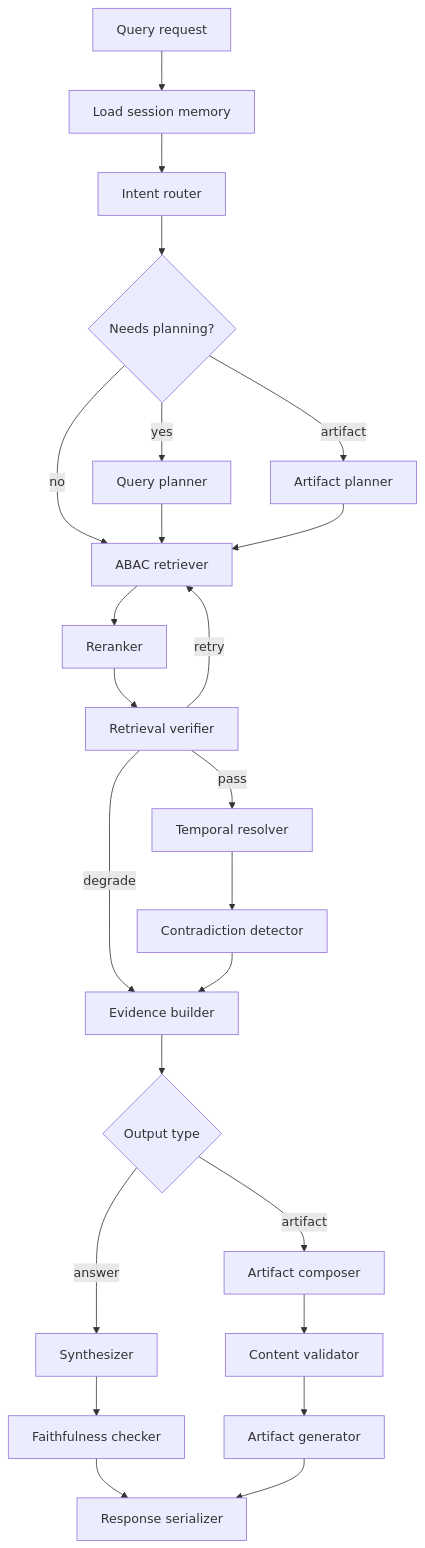
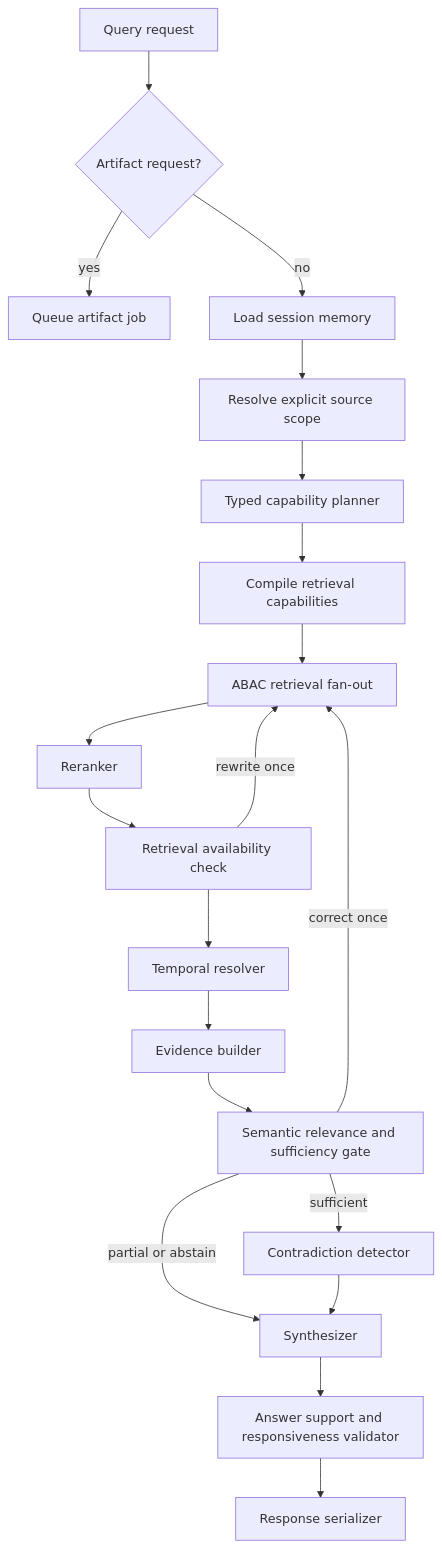
The third of 3 diagrams in design.md (TouqeerShahid951/EnterpriseRAG), drawn with Mermaid before and after one commit. The commit also changed other lines of this file and 423 other files, not shown here.

````diff
--- a/design.md
+++ b/design.md
@@ -209,26 +209,22 @@
 ```mermaid
 flowchart TD
-    Start["Query request"] --> Memory["Load session memory"]
-    Memory --> Intent["Intent router"]
-    Intent --> Plan{"Needs planning?"}
-    Plan -->|yes| Planner["Query planner"]
-    Plan -->|artifact| ArtifactPlan["Artifact planner"]
-    Plan -->|no| Retrieve["ABAC retriever"]
-    Planner --> Retrieve
-    ArtifactPlan --> Retrieve
+    Start["Query request"] --> Artifact{"Artifact request?"}
+    Artifact -->|yes| Queue["Queue artifact job"]
+    Artifact -->|no| Memory["Load session memory"]
+    Memory --> Source["Resolve explicit source scope"]
+    Source --> Planner["Typed capability planner"]
+    Planner --> Compile["Compile retrieval capabilities"]
+    Compile --> Retrieve["ABAC retrieval fan-out"]
     Retrieve --> Rerank["Reranker"]
-    Rerank --> Verify["Retrieval verifier"]
-    Verify -->|retry| Retrieve
-    Verify -->|degrade| Evidence["Evidence builder"]
-    Verify -->|pass| Temporal["Temporal resolver"]
-    Temporal --> Conflict["Contradiction detector"]
-    Conflict --> Evidence
-    Evidence --> Output{"Output type"}
-    Output -->|answer| Synthesis["Synthesizer"]
-    Synthesis --> Faith["Faithfulness checker"]
+    Rerank --> Verify["Retrieval availability check"]
+    Verify -->|rewrite once| Retrieve
+    Verify --> Temporal["Temporal resolver"]
+    Temporal --> Evidence["Evidence builder"]
+    Evidence --> Gate["Semantic relevance and sufficiency gate"]
+    Gate -->|correct once| Retrieve
+    Gate -->|partial or abstain| Synthesis["Synthesizer"]
+    Gate -->|sufficient| Conflict["Contradiction detector"]
+    Conflict --> Synthesis
+    Synthesis --> Faith["Answer support and responsiveness validator"]
     Faith --> Serialize["Response serializer"]
-    Output -->|artifact| Composer["Artifact composer"]
-    Composer --> Validate["Content validator"]
-    Validate --> Generator["Artifact generator"]
-    Generator --> Serialize
 ```
````
